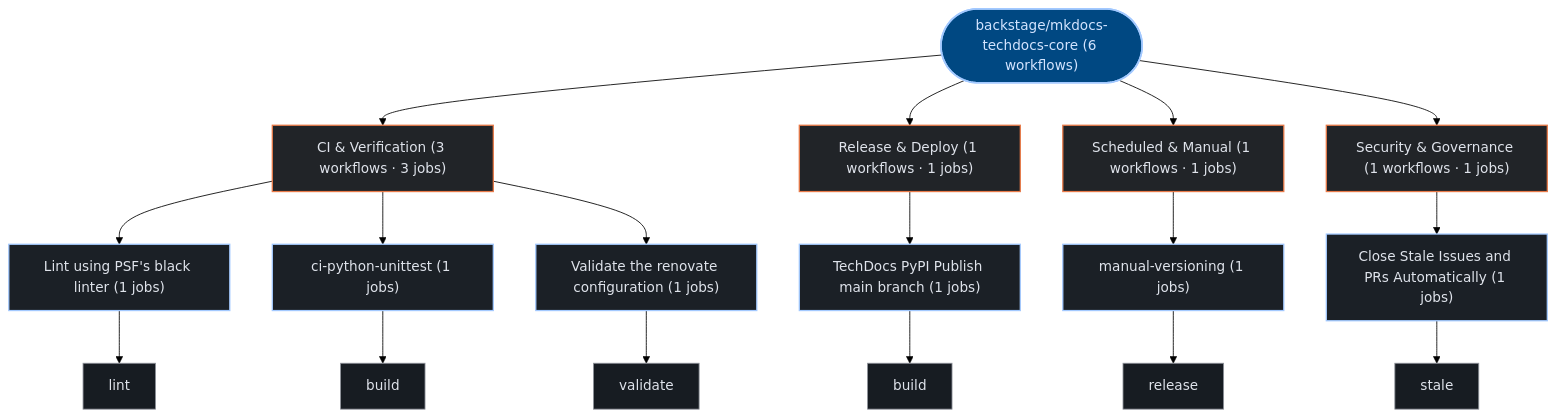
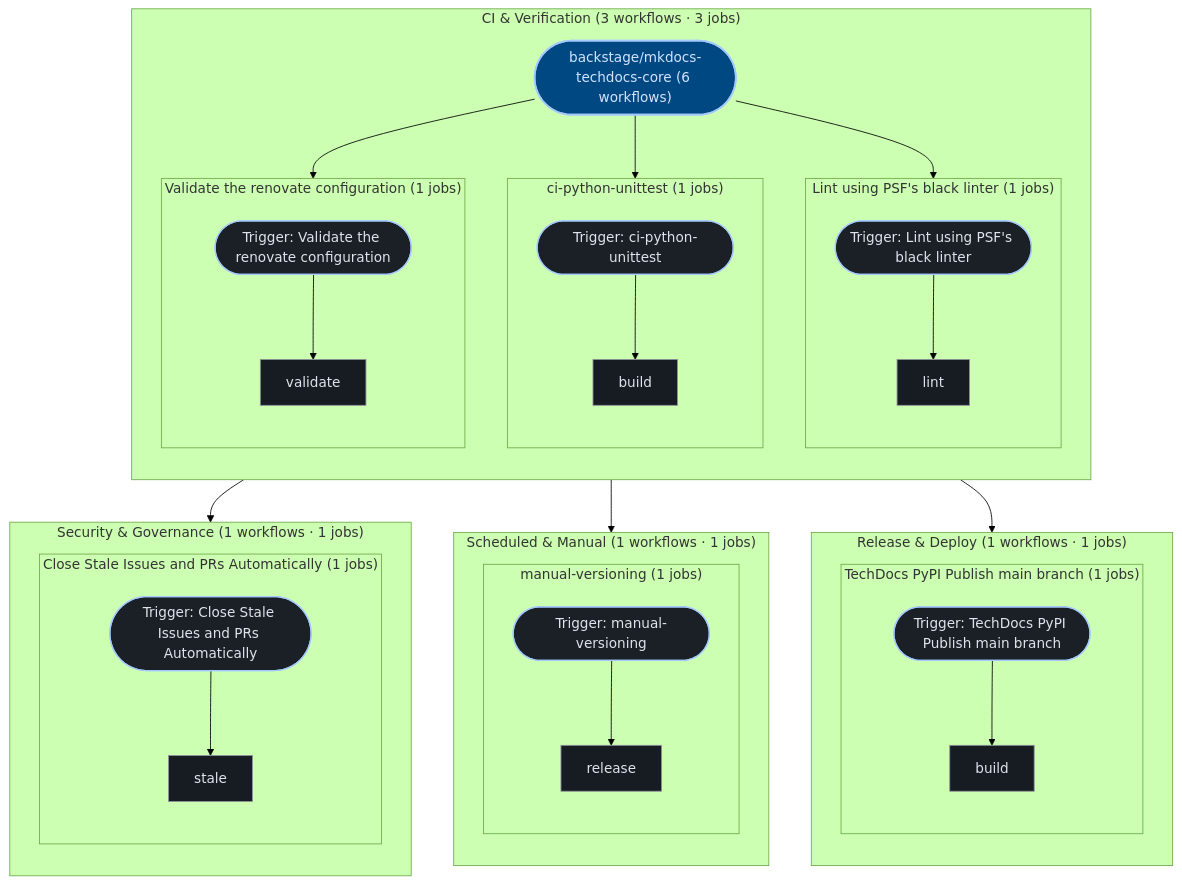
One commit to kumarshaz/atruss-code-atlas changed the second of 2 diagrams in exports/latest/reports/backstage-mkdocs-techdocs-core-report.md. Above: the diagram before and after it, drawn with Mermaid (forest theme). The commit also changed 181 other files, not shown here.

````diff
--- a/exports/latest/reports/backstage-mkdocs-techdocs-core-report.md
+++ b/exports/latest/reports/backstage-mkdocs-techdocs-core-report.md
@@ -106,43 +106,65 @@
 ```mermaid
 graph TD;
   classDef atlasRoot fill:#004882,stroke:#a3c9ff,stroke-width:2px,color:#d3e4ff
   classDef atlasCategory fill:#212428,stroke:#E87A48,stroke-width:1.5px,color:#dfe3eb
   classDef atlasWorkflow fill:#1b2026,stroke:#a3c9ff,stroke-width:1.5px,color:#dfe3eb
   classDef atlasJob fill:#171c22,stroke:#8d9199,stroke-width:1px,color:#dfe3eb
   classDef atlasTarget fill:#005227,stroke:#8bd99b,stroke-width:1.5px,color:#a7f6b6
   classDef atlasAlert fill:#93000a,stroke:#ffb4ab,stroke-width:1.5px,color:#ffdad6
   classDef atlasMore fill:#252a31,stroke:#8d9199,stroke-dasharray:4 4,color:#c3c6cf
   pipeline_root(["backstage/mkdocs-techdocs-core (6 workflows)"]):::atlasRoot
-  grp_0_CI___Verification["CI & Verification (3 workflows · 3 jobs)"]:::atlasCategory
-  pipeline_root --> grp_0_CI___Verification
-  wf_1_Lint_using_PSF_s_black_linter["Lint using PSF's black linter (1 jobs)"]:::atlasWorkflow
-  grp_0_CI___Verification --> wf_1_Lint_using_PSF_s_black_linter
-  job_1_lint["lint"]:::atlasJob
-  wf_1_Lint_using_PSF_s_black_linter --> job_1_lint
-  wf_4_ci_python_unittest["ci-python-unittest (1 jobs)"]:::atlasWorkflow
-  grp_0_CI___Verification --> wf_4_ci_python_unittest
-  job_4_build["build"]:::atlasJob
-  wf_4_ci_python_unittest --> job_4_build
-  wf_5_Validate_the_renovate_configuration["Validate the renovate configuration (1 jobs)"]:::atlasWorkflow
-  grp_0_CI___Verification --> wf_5_Validate_the_renovate_configuration
-  job_5_validate["validate"]:::atlasJob
-  wf_5_Validate_the_renovate_configuration --> job_5_validate
-  grp_1_Release___Deploy["Release & Deploy (1 workflows · 1 jobs)"]:::atlasCategory
-  pipeline_root --> grp_1_Release___Deploy
-  wf_3_TechDocs_PyPI_Publish_main_branch["TechDocs PyPI Publish main branch (1 jobs)"]:::atlasWorkflow
-  grp_1_Release___Deploy --> wf_3_TechDocs_PyPI_Publish_main_branch
-  job_3_build["build"]:::atlasJob
-  wf_3_TechDocs_PyPI_Publish_main_branch --> job_3_build
-  grp_2_Scheduled___Manual["Scheduled & Manual (1 workflows · 1 jobs)"]:::atlasCategory
-  pipeline_root --> grp_2_Scheduled___Manual
-  wf_2_manual_versioning["manual-versioning (1 jobs)"]:::atlasWorkflow
-  grp_2_Scheduled___Manual --> wf_2_manual_versioning
-  job_2_release["release"]:::atlasJob
-  wf_2_manual_versioning --> job_2_release
-  grp_3_Security___Governance["Security & Governance (1 workflows · 1 jobs)"]:::atlasCategory
-  pipeline_root --> grp_3_Security___Governance
-  wf_0_Close_Stale_Issues_and_PRs_Automatically["Close Stale Issues and PRs Automatically (1 jobs)"]:::atlasWorkflow
-  grp_3_Security___Governance --> wf_0_Close_Stale_Issues_and_PRs_Automatically
-  job_0_stale["stale"]:::atlasJob
-  wf_0_Close_Stale_Issues_and_PRs_Automatically --> job_0_stale
+  subgraph sg_grp_0_CI___Verification["CI & Verification (3 workflows · 3 jobs)"]
+    direction TB
+    subgraph sg_wf_1_Lint_using_PSF_s_black_linter["Lint using PSF's black linter (1 jobs)"]
+      direction TB
+      wf_1_Lint_using_PSF_s_black_linter(["Trigger: Lint using PSF's black linter"]):::atlasWorkflow
+      job_1_lint["lint"]:::atlasJob
+      wf_1_Lint_using_PSF_s_black_linter --> job_1_lint
+    end
+    pipeline_root --> wf_1_Lint_using_PSF_s_black_linter
+    subgraph sg_wf_4_ci_python_unittest["ci-python-unittest (1 jobs)"]
+      direction TB
+      wf_4_ci_python_unittest(["Trigger: ci-python-unittest"]):::atlasWorkflow
+      job_4_build["build"]:::atlasJob
+      wf_4_ci_python_unittest --> job_4_build
+    end
+    pipeline_root --> wf_4_ci_python_unittest
+    subgraph sg_wf_5_Validate_the_renovate_configuration["Validate the renovate configuration (1 jobs)"]
+      direction TB
+      wf_5_Validate_the_renovate_configuration(["Trigger: Validate the renovate configuration"]):::atlasWorkflow
+      job_5_validate["validate"]:::atlasJob
+      wf_5_Validate_the_renovate_configuration --> job_5_validate
+    end
+    pipeline_root --> wf_5_Validate_the_renovate_configuration
+  end
+  subgraph sg_grp_1_Release___Deploy["Release & Deploy (1 workflows · 1 jobs)"]
+    direction TB
+    subgraph sg_wf_3_TechDocs_PyPI_Publish_main_branch["TechDocs PyPI Publish main branch (1 jobs)"]
+      direction TB
+      wf_3_TechDocs_PyPI_Publish_main_branch(["Trigger: TechDocs PyPI Publish main branch"]):::atlasWorkflow
+      job_3_build["build"]:::atlasJob
+      wf_3_TechDocs_PyPI_Publish_main_branch --> job_3_build
+    end
+    pipeline_root --> wf_3_TechDocs_PyPI_Publish_main_branch
+  end
+  subgraph sg_grp_2_Scheduled___Manual["Scheduled & Manual (1 workflows · 1 jobs)"]
+    direction TB
+    subgraph sg_wf_2_manual_versioning["manual-versioning (1 jobs)"]
+      direction TB
+      wf_2_manual_versioning(["Trigger: manual-versioning"]):::atlasWorkflow
+      job_2_release["release"]:::atlasJob
+      wf_2_manual_versioning --> job_2_release
+    end
+    pipeline_root --> wf_2_manual_versioning
+  end
+  subgraph sg_grp_3_Security___Governance["Security & Governance (1 workflows · 1 jobs)"]
+    direction TB
+    subgraph sg_wf_0_Close_Stale_Issues_and_PRs_Automatically["Close Stale Issues and PRs Automatically (1 jobs)"]
+      direction TB
+      wf_0_Close_Stale_Issues_and_PRs_Automatically(["Trigger: Close Stale Issues and PRs Automatically"]):::atlasWorkflow
+      job_0_stale["stale"]:::atlasJob
+      wf_0_Close_Stale_Issues_and_PRs_Automatically --> job_0_stale
+    end
+    pipeline_root --> wf_0_Close_Stale_Issues_and_PRs_Automatically
+  end
 ```
````
